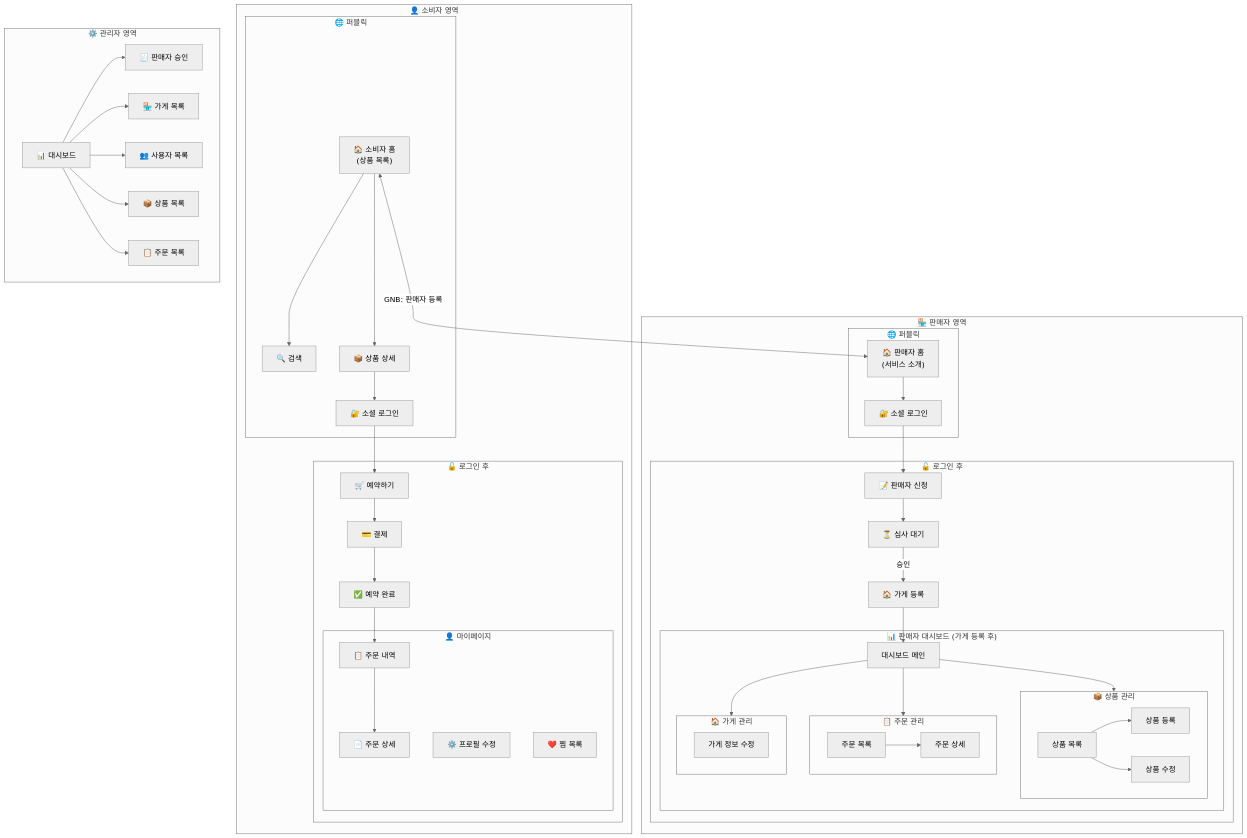
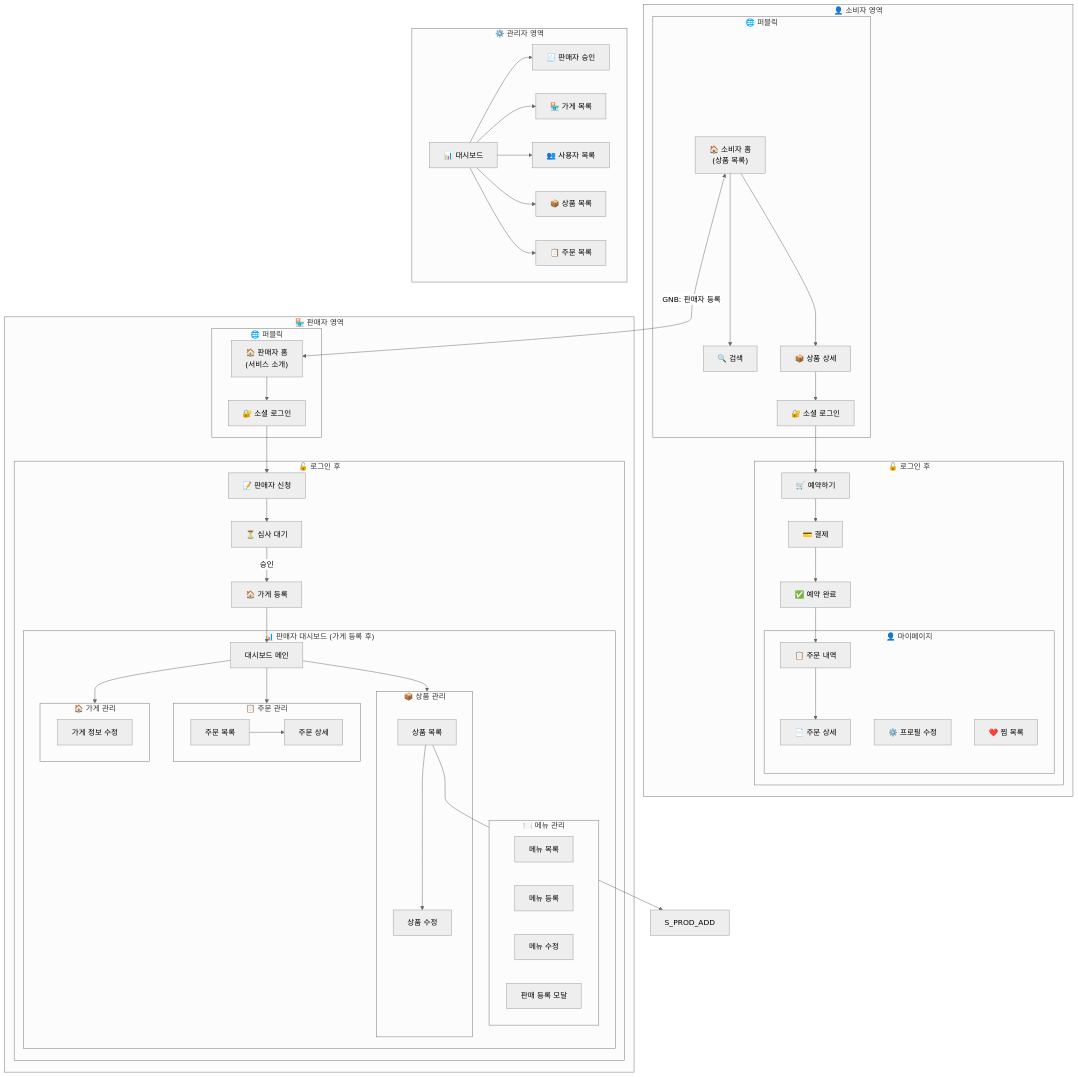
Before and after one commit to pickma-fe/pickma: the diagram in docs/ia.md, drawn with Mermaid (neutral theme). The commit also changed other lines of this file, not shown here.

```diff
--- a/docs/ia.md
+++ b/docs/ia.md
@@ -303,9 +307,15 @@
           subgraph S_DASHBOARD["📊 판매자 대시보드 (가게 등록 후)"]
               S_DASH["대시보드 메인"]
 
+              subgraph S_MENU["🍽️ 메뉴 관리"]
+                  S_MENU_LIST["메뉴 목록"]
+                  S_MENU_ADD["메뉴 등록"]
+                  S_MENU_EDIT["메뉴 수정"]
+                  S_PRODUCT_REGISTER["판매 등록 모달"]
+              end
+
               subgraph S_PRODUCT["📦 상품 관리"]
                   S_PROD_LIST["상품 목록"]
-                  S_PROD_ADD["상품 등록"]
                   S_PROD_EDIT["상품 수정"]
               end
 
```
